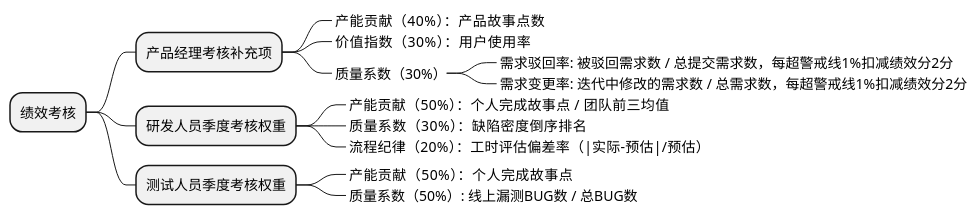
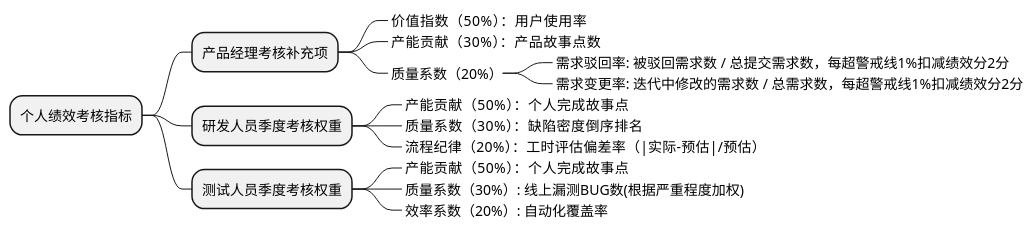
Before and after one commit to holmofy/blog.hufeifei.cn: the second of 2 diagrams in source/_posts/business/scrum.md, drawn with PlantUML. The commit also changed other lines of this file, not shown here.

````diff
--- a/source/_posts/business/scrum.md
+++ b/source/_posts/business/scrum.md
@@ -153,18 +171,19 @@
 ```plantuml
 @startmindmap
-* 绩效考核
+* 个人绩效考核指标
 ** 产品经理考核补充项
-***_ 产能贡献（40%）：产品故事点数
-***_ 价值指数（30%）：用户使用率
-***_ 质量系数（30%）
+***_ 价值指数（50%）：用户使用率
+***_ 产能贡献（30%）：产品故事点数
+***_ 质量系数（20%）
 ****_ 需求驳回率: 被驳回需求数 / 总提交需求数，每超警戒线1%扣减绩效分2分
 ****_ 需求变更率: 迭代中修改的需求数 / 总需求数，每超警戒线1%扣减绩效分2分
 ** 研发人员季度考核权重
-***_ 产能贡献（50%）：个人完成故事点 / 团队前三均值  
+***_ 产能贡献（50%）：个人完成故事点
 ***_ 质量系数（30%）：缺陷密度倒序排名
 ***_ 流程纪律（20%）：工时评估偏差率（|实际-预估|/预估）
 ** 测试人员季度考核权重
 ***_ 产能贡献（50%）：个人完成故事点
-***_ 质量系数（50%）: 线上漏测BUG数 / 总BUG数
+***_ 质量系数（30%）: 线上漏测BUG数(根据严重程度加权)
+***_ 效率系数（20%）: 自动化覆盖率
 @endmindmap
 ```
````
